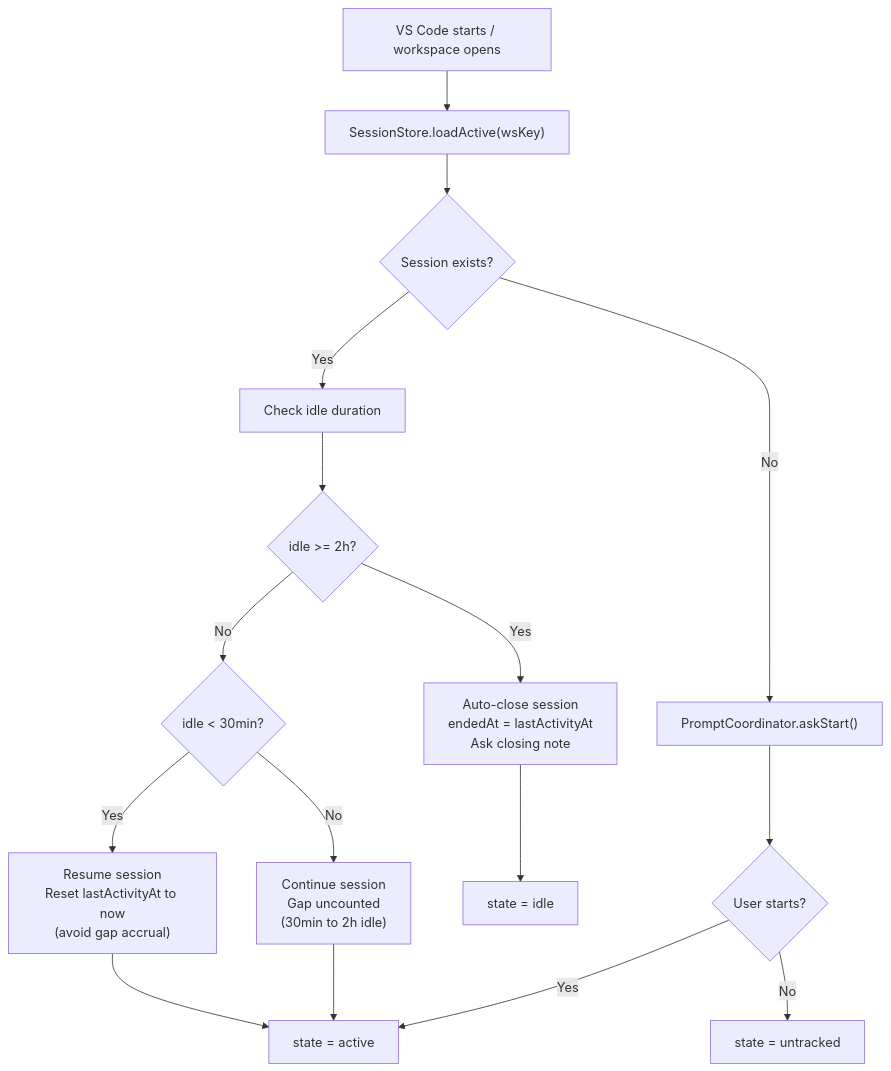
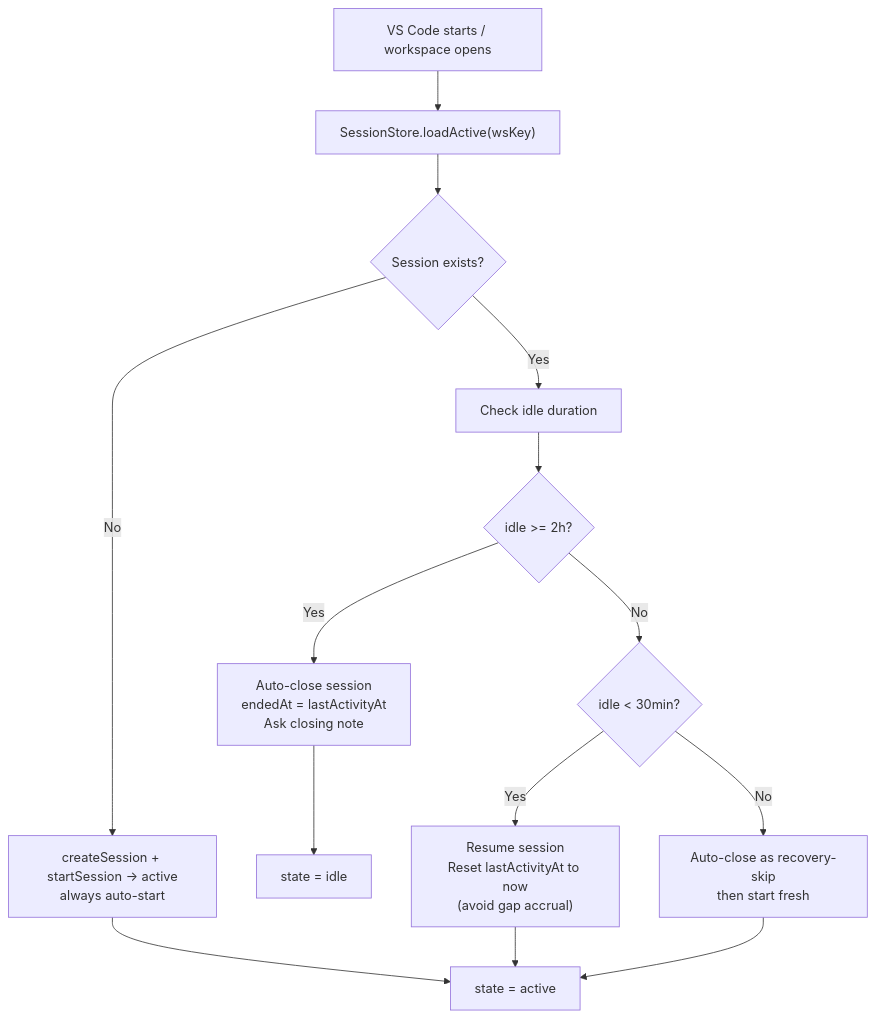
Before and after one commit to lawaty/lalog: the seventh of 7 diagrams in docs/architecture.md, drawn with Mermaid. The commit also changed other lines of this file and 10 other files, not shown here.

First line of the commit message:
Remove dead untracked path and orphaned recovery code

````diff
--- a/docs/architecture.md
+++ b/docs/architecture.md
@@ -430,22 +420,20 @@
 ```mermaid
 flowchart TD
     START["VS Code starts / workspace opens"] --> LOAD["SessionStore.loadActive(wsKey)"]
     LOAD --> EXISTS{Session exists?}
 
-    EXISTS -->|No| ASK["PromptCoordinator.askStart()"]
+    EXISTS -->|No| NEW["createSession + startSession → active<br/>always auto-start"]
     EXISTS -->|Yes| CHECK["Check idle duration"]
 
     CHECK --> IDLE2H{idle >= 2h?}
     IDLE2H -->|Yes| AUTOCLOSE["Auto-close session<br/>endedAt = lastActivityAt<br/>Ask closing note"]
     IDLE2H -->|No| IDLE30M{idle < 30min?}
 
     IDLE30M -->|Yes| RESUME["Resume session<br/>Reset lastActivityAt to now<br/>(avoid gap accrual)"]
-    IDLE30M -->|No| CONTINUE["Continue session<br/>Gap uncounted<br/>(30min to 2h idle)"]
+    IDLE30M -->|No| RECOV_SKIP["Auto-close as recovery-skip<br/>then start fresh"]
 
     AUTOCLOSE --> IDLE["state = idle"]
     RESUME --> ACTIVE["state = active"]
-    CONTINUE --> ACTIVE
-    ASK --> STARTED{User starts?}
-    STARTED -->|Yes| ACTIVE
-    STARTED -->|No| UNTRACKED["state = untracked"]
+    RECOV_SKIP --> ACTIVE
+    NEW --> ACTIVE
 ```
````
